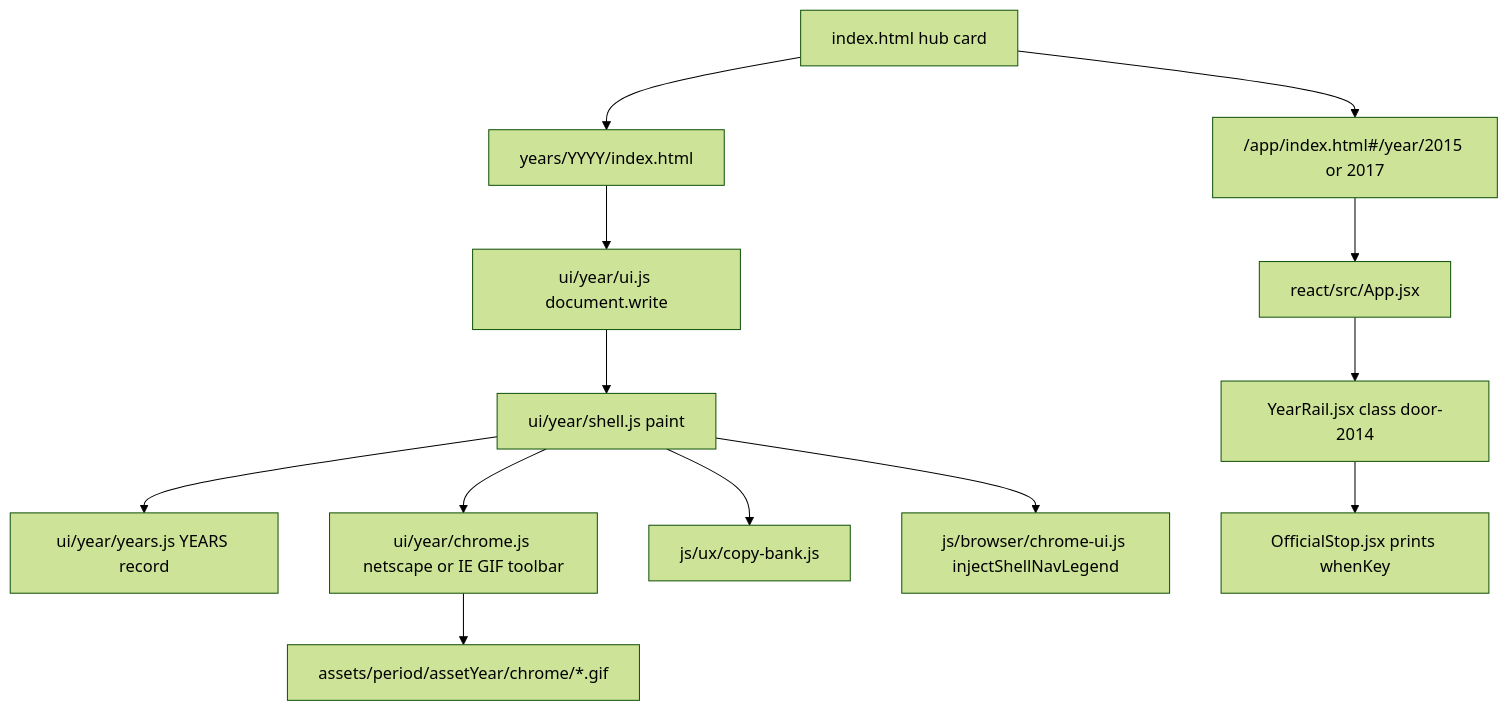
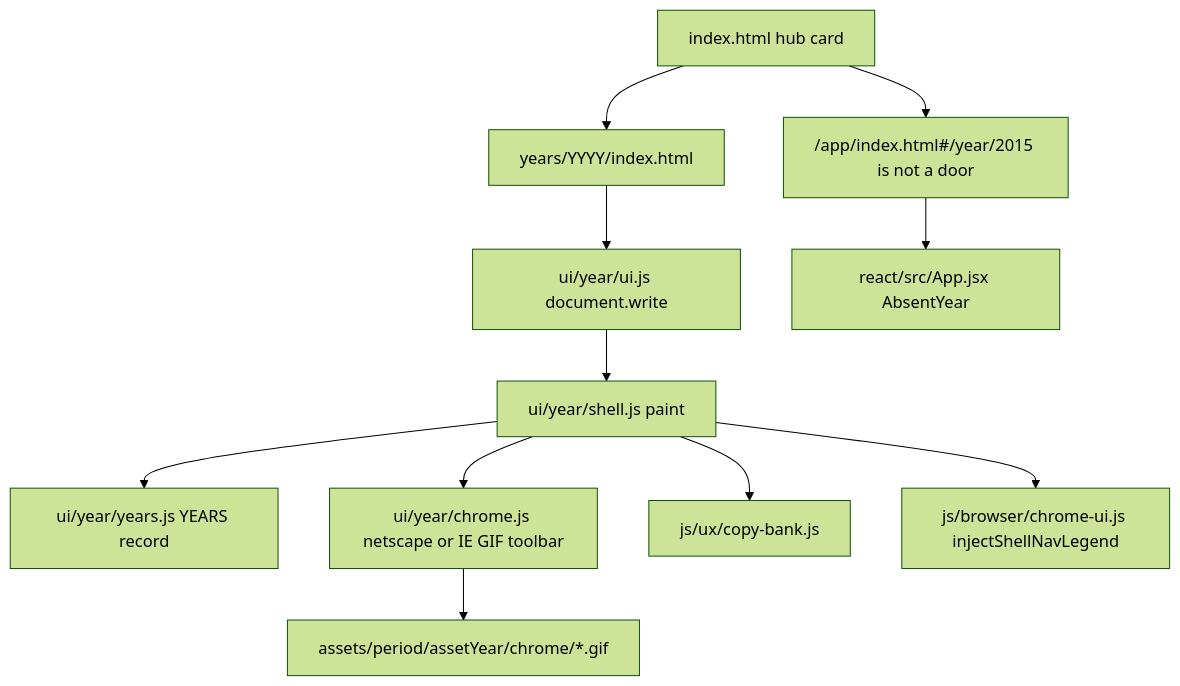
One commit to sourabhligade/internet-through-time changed the diagram in docs/YEAR-CHROME-PLAN.md. Above: the diagram before and after it, drawn with Mermaid (forest theme). The commit also changed other lines of this file and 273 other files, not shown here.

````diff
--- a/docs/YEAR-CHROME-PLAN.md
+++ b/docs/YEAR-CHROME-PLAN.md
@@ -17,16 +17,14 @@
 ```mermaid
 flowchart TD
   hub["index.html hub card"]
   hub --> htmlDoor["years/YYYY/index.html"]
-  hub --> reactDoor["/app/index.html#/year/2015 or 2017"]
+  hub --> omitted["/app/index.html#/year/2015 is not a door"]
   htmlDoor --> ui["ui/year/ui.js document.write"]
   ui --> shell["ui/year/shell.js paint"]
   shell --> years["ui/year/years.js YEARS record"]
   shell --> chrome["ui/year/chrome.js netscape or IE GIF toolbar"]
   chrome --> gifs["assets/period/assetYear/chrome/*.gif"]
   shell --> coach["js/ux/copy-bank.js"]
   shell --> legend["js/browser/chrome-ui.js injectShellNavLegend"]
-  reactDoor --> app["react/src/App.jsx"]
-  app --> rail["YearRail.jsx class door-2014"]
-  rail --> stop["OfficialStop.jsx prints whenKey"]
+  omitted --> app["react/src/App.jsx AbsentYear"]
 ```
````
